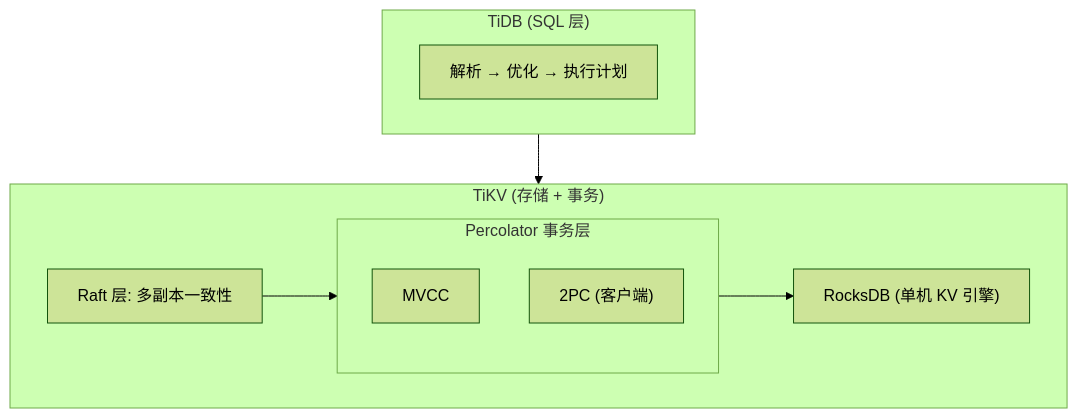
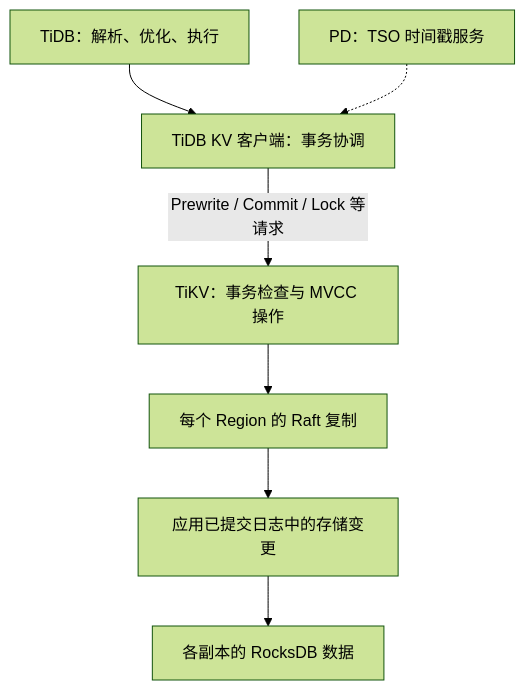
Diagram 12 of 15 in 知识库/wiki/事务模型深度调研.md (BryantChang1992/ai_wikis), drawn with Mermaid (forest theme) before and after one commit. The commit also changed other lines of this file and 205 other files, not shown here.

Commit message:
Review knowledge evidence, deepen paper notes, and standardize Mermaid diagrams

````diff
--- a/知识库/wiki/事务模型深度调研.md
+++ b/知识库/wiki/事务模型深度调研.md
@@ -736,16 +626,9 @@
 ```mermaid
 flowchart TB
-    subgraph TiDB["TiDB (SQL 层)"]
-        PARSER["解析 → 优化 → 执行计划"]
-    end
-    TiDB --> TiKV
-    subgraph TiKV["TiKV (存储 + 事务)"]
-        RAFT["Raft 层: 多副本一致性"]
-        subgraph PERC["Percolator 事务层"]
-            MVCC["MVCC"]
-            TPC["2PC (客户端)"]
-        end
-        RDB["RocksDB (单机 KV 引擎)"]
-        RAFT --> PERC --> RDB
-    end
+    SQL["TiDB：解析、优化、执行"] --> TX["TiDB KV 客户端：事务协调"]
+    PD["PD：TSO 时间戳服务"] -.-> TX
+    TX -->|"Prewrite / Commit / Lock 等请求"| MVCC["TiKV：事务检查与 MVCC 操作"]
+    MVCC --> RAFT["每个 Region 的 Raft 复制"]
+    RAFT --> APPLY["应用已提交日志中的存储变更"]
+    APPLY --> STORE["各副本的 RocksDB 数据"]
 ```
````
